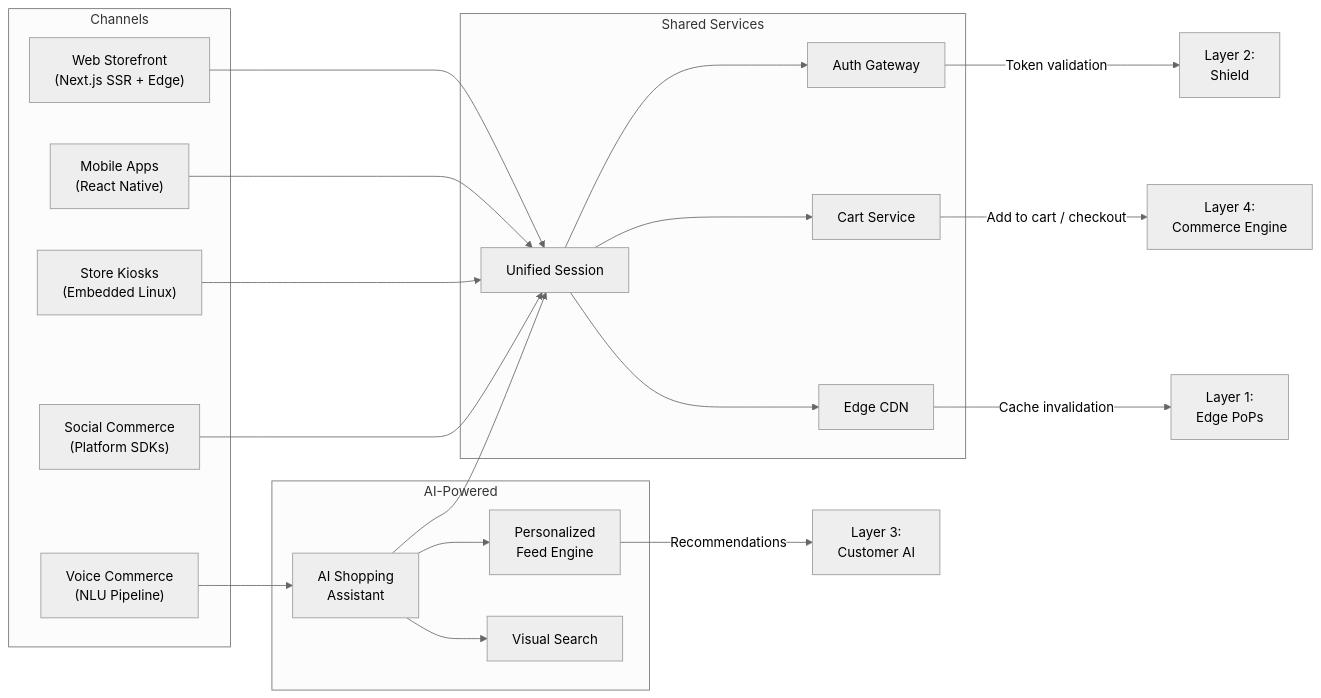
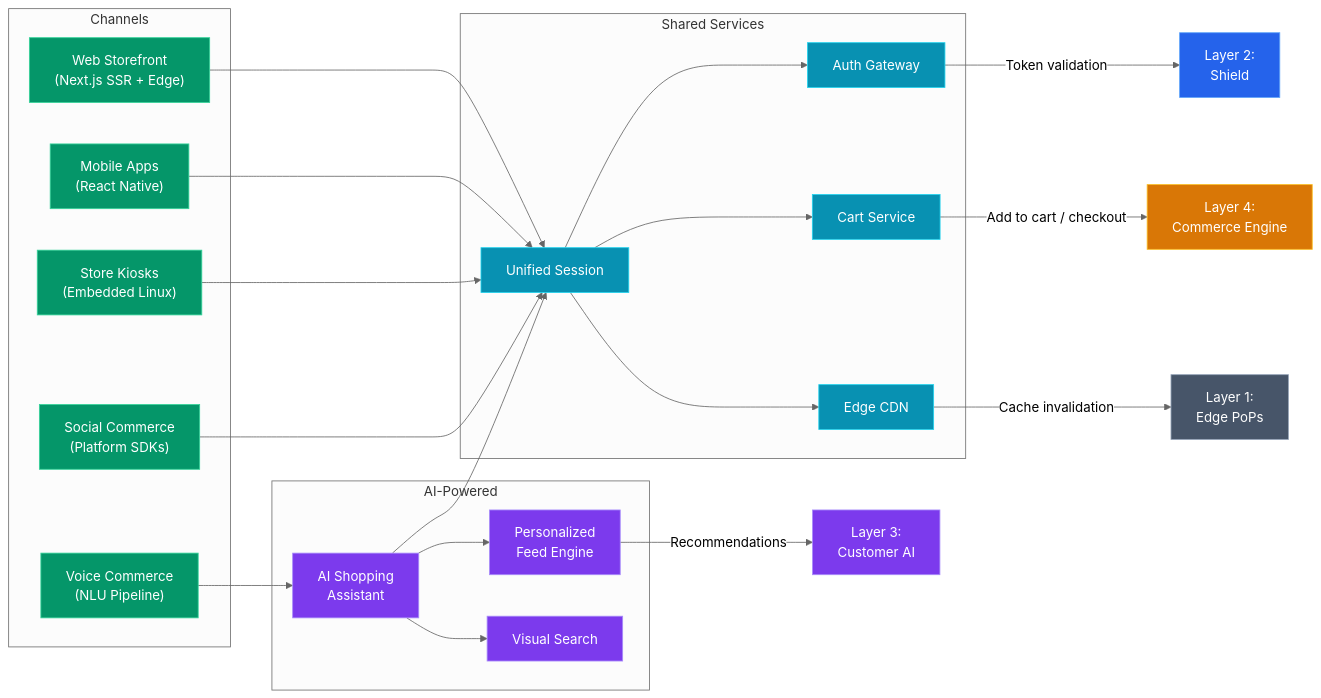
Before and after one commit to bcraavi/godseye: the second of 8 diagrams in docs/architecture/five-layers.md, drawn with Mermaid (neutral theme). The commit also changed other lines of this file and 1 other file, not shown here.

First line of the commit message:
Color-code architecture diagrams by layer

````diff
--- a/docs/architecture/five-layers.md
+++ b/docs/architecture/five-layers.md
@@ -91,42 +103,57 @@
 ```mermaid
 flowchart LR
     subgraph Channels
         Web["Web Storefront\n(Next.js SSR + Edge)"]
         Mobile["Mobile Apps\n(React Native)"]
         Store["Store Kiosks\n(Embedded Linux)"]
         Voice["Voice Commerce\n(NLU Pipeline)"]
         Social["Social Commerce\n(Platform SDKs)"]
     end
 
     subgraph AILayer["AI-Powered"]
         AIShopping["AI Shopping\nAssistant"]
         PersonalFeed["Personalized\nFeed Engine"]
         VisualSearch["Visual Search"]
     end
 
     subgraph Shared["Shared Services"]
         Session["Unified Session"]
         CDN["Edge CDN"]
         Auth["Auth Gateway"]
         Cart["Cart Service"]
     end
 
     Web --> Session
     Mobile --> Session
     Store --> Session
     Voice --> AIShopping
     Social --> Session
 
     AIShopping --> PersonalFeed
     AIShopping --> VisualSearch
     AIShopping --> Session
 
     Session --> Auth
     Session --> Cart
     Session --> CDN
 
     Cart -- "Add to cart / checkout" --> L4_Commerce["Layer 4:\nCommerce Engine"]
     Auth -- "Token validation" --> L2_Shield["Layer 2:\nShield"]
     CDN -- "Cache invalidation" --> L1_Edge["Layer 1:\nEdge PoPs"]
     PersonalFeed -- "Recommendations" --> L3_CustAI["Layer 3:\nCustomer AI"]
+
+    classDef green fill:#059669,stroke:#34d399,color:#fff
+    classDef purple fill:#7c3aed,stroke:#a78bfa,color:#fff
+    classDef cyan fill:#0891b2,stroke:#22d3ee,color:#fff
+    classDef blue fill:#2563eb,stroke:#60a5fa,color:#fff
+    classDef amber fill:#d97706,stroke:#fbbf24,color:#fff
+    classDef slate fill:#475569,stroke:#94a3b8,color:#fff
+
+    class Web,Mobile,Store,Voice,Social green
+    class AIShopping,PersonalFeed,VisualSearch purple
+    class Session,CDN,Auth,Cart cyan
+    class L4_Commerce amber
+    class L2_Shield blue
+    class L1_Edge slate
+    class L3_CustAI purple
 ```
````
